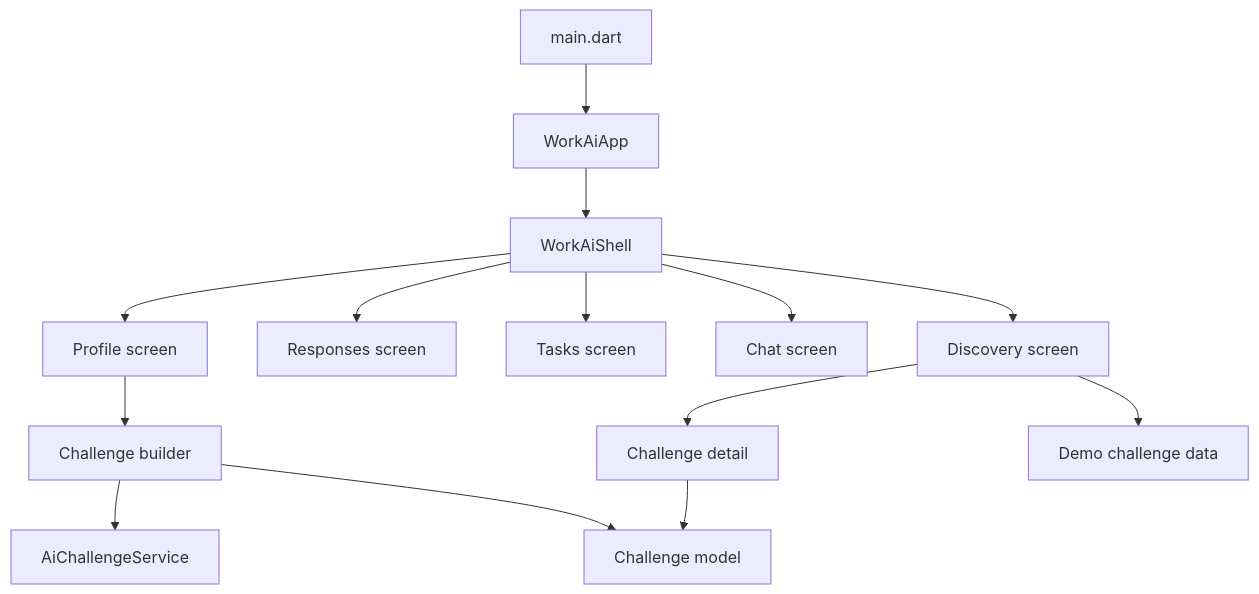
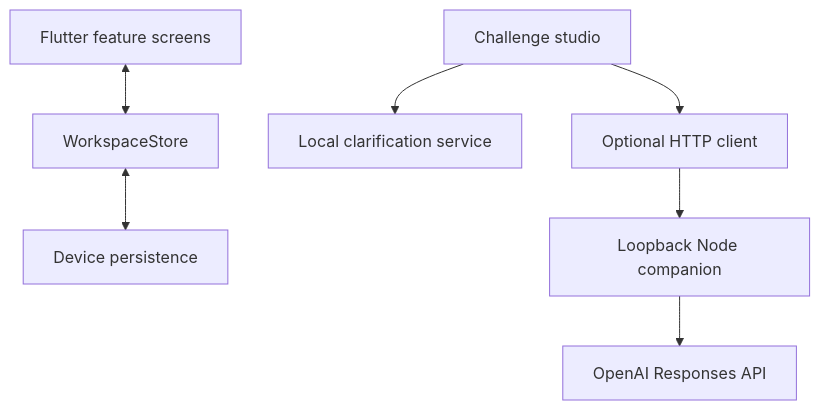
One commit to BAITC-Hacks/hack-3228a77c-it-forge changed the second of 2 diagrams in README.md. Above: the diagram before and after it, drawn with Mermaid. The commit also changed other lines of this file, not shown here.

````diff
--- a/README.md
+++ b/README.md
@@ -61,16 +83,9 @@
-```mermaid
+~~~mermaid
 flowchart TD
-  M[main.dart] --> A[WorkAiApp]
-  A --> S[WorkAiShell]
-  S --> H[Discovery screen]
-  S --> R[Responses screen]
-  S --> T[Tasks screen]
-  S --> C[Chat screen]
-  S --> P[Profile screen]
-  P --> B[Challenge builder]
-  H --> D[Challenge detail]
-  B --> AI[AiChallengeService]
-  H --> DATA[Demo challenge data]
-  D --> MODEL[Challenge model]
-  B --> MODEL
-```
+  UI[Flutter feature screens] <--> S[WorkspaceStore]
+  S <--> P[Device persistence]
+  B[Challenge studio] --> L[Local clarification service]
+  B --> C[Optional HTTP client]
+  C --> N[Loopback Node companion]
+  N --> O[OpenAI Responses API]
+~~~
````
